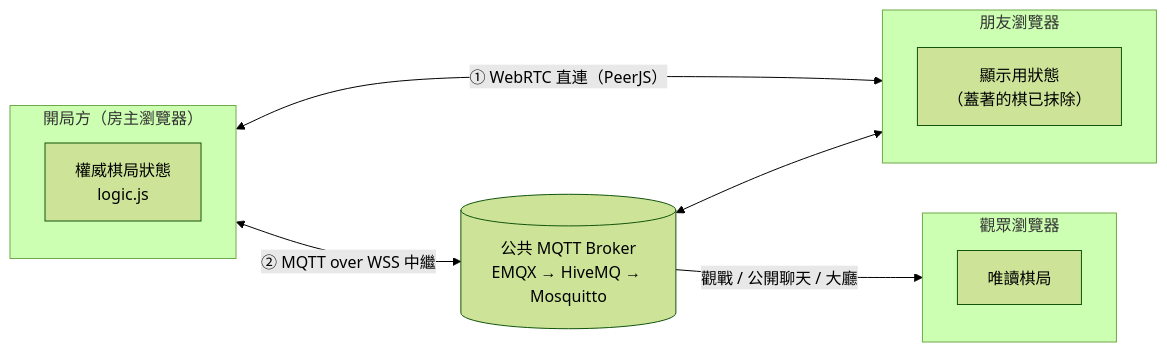
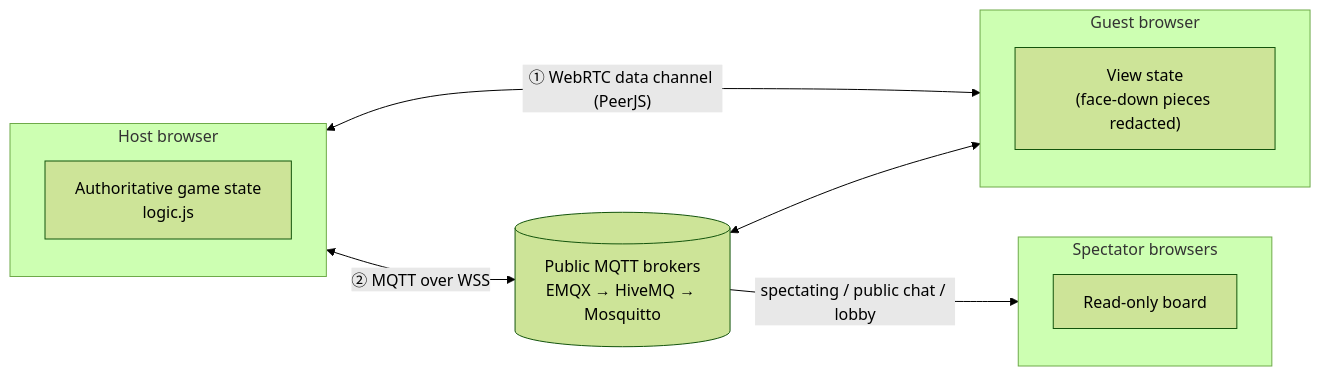
One commit to moyu-games/banqi-online changed the diagram in README.md. Above: the diagram before and after it, drawn with Mermaid (forest theme). The commit also changed other lines of this file and 1 other file, not shown here.

Commit message:
README: English as the main page with architecture, measured latency and testing; Traditional Chinese version in README.zh-TW.md

````diff
--- a/README.md
+++ b/README.md
@@ -40,16 +42,16 @@
 ```mermaid
 flowchart LR
-  subgraph Host["開局方（房主瀏覽器）"]
-    HS["權威棋局狀態<br/>logic.js"]
+  subgraph Host["Host browser"]
+    HS["Authoritative game state<br/>logic.js"]
   end
-  subgraph Guest["朋友瀏覽器"]
-    GV["顯示用狀態<br/>（蓋著的棋已抹除）"]
+  subgraph Guest["Guest browser"]
+    GV["View state<br/>(face-down pieces redacted)"]
   end
-  subgraph Watchers["觀眾瀏覽器"]
-    WV["唯讀棋局"]
+  subgraph Watchers["Spectator browsers"]
+    WV["Read-only board"]
   end
-  Host <-- "① WebRTC 直連（PeerJS）" --> Guest
-  Host <-- "② MQTT over WSS 中繼" --> Broker[("公共 MQTT Broker<br/>EMQX → HiveMQ → Mosquitto")]
+  Host <-- "① WebRTC data channel (PeerJS)" --> Guest
+  Host <-- "② MQTT over WSS" --> Broker[("Public MQTT brokers<br/>EMQX → HiveMQ → Mosquitto")]
   Broker <--> Guest
-  Broker -- "觀戰 / 公開聊天 / 大廳" --> Watchers
+  Broker -- "spectating / public chat / lobby" --> Watchers
 ```
````
